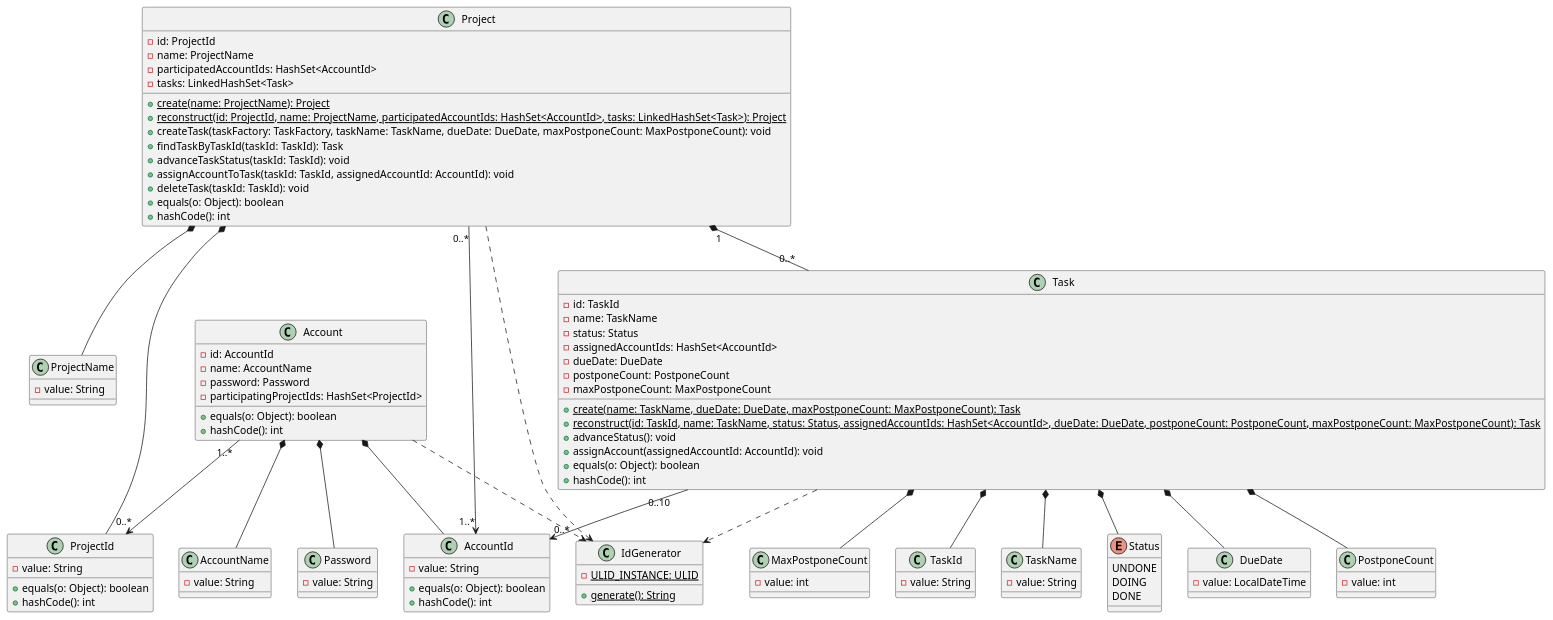
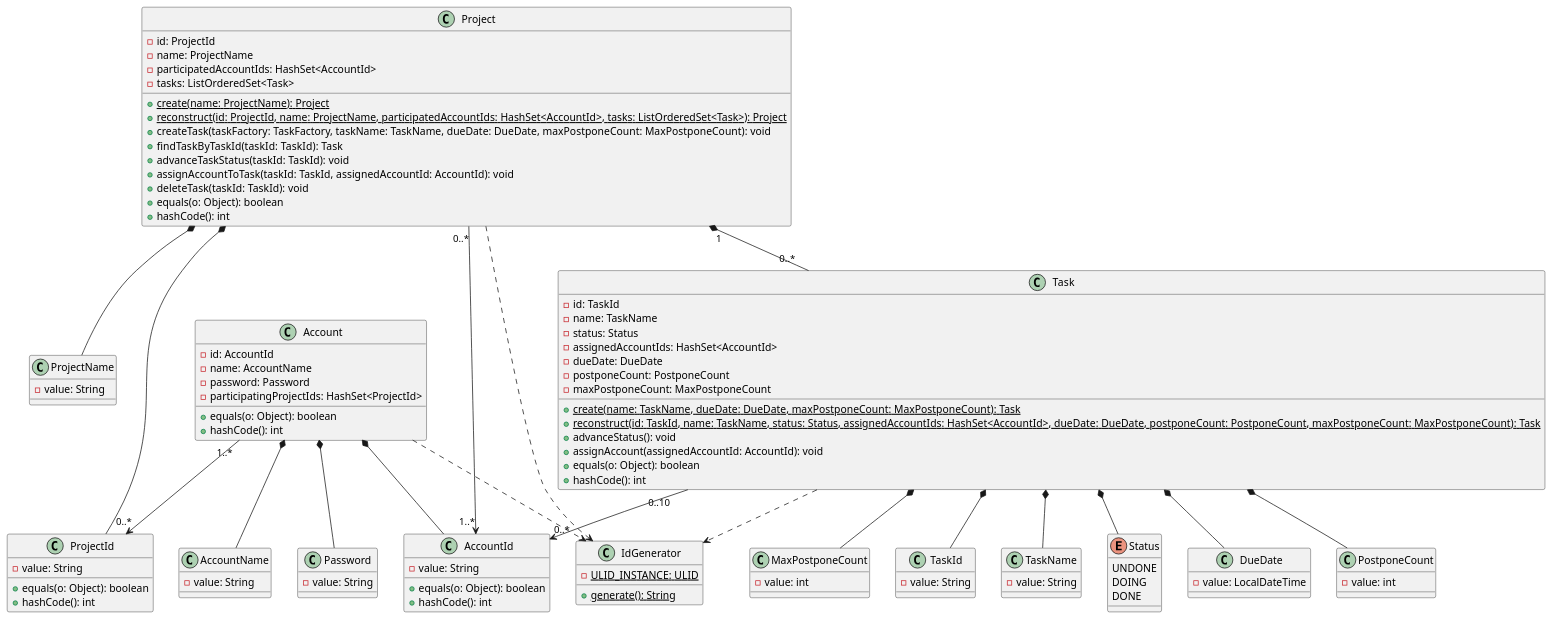
The diagram in uml/class.puml (ORIKAMIxNEP/playground), drawn with PlantUML before and after one commit.

```diff
--- a/uml/class.puml
+++ b/uml/class.puml
@@ -1,118 +1,118 @@
 @startuml
 class Account {
   - id: AccountId
   - name: AccountName
   - password: Password
   - participatingProjectIds: HashSet<ProjectId>
   + equals(o: Object): boolean
   + hashCode(): int
 }
 
 class AccountId {
   - value: String
   + equals(o: Object): boolean
   + hashCode(): int
 }
 
 class AccountName {
   - value: String
 }
 
 class Password {
   - value: String
 }
 
 Account *-- AccountId
 Account *-- AccountName
 Account *-- Password
 Account "1..*" --> "0..*" ProjectId
 Account ..> IdGenerator
 
 class Project {
   - id: ProjectId
   - name: ProjectName
   - participatedAccountIds: HashSet<AccountId>
-  - tasks: LinkedHashSet<Task>
+  - tasks: ListOrderedSet<Task>
   {static} + create(name: ProjectName): Project
-  {static} + reconstruct(id: ProjectId, name: ProjectName, participatedAccountIds: HashSet<AccountId>, tasks: LinkedHashSet<Task>): Project
+  {static} + reconstruct(id: ProjectId, name: ProjectName, participatedAccountIds: HashSet<AccountId>, tasks: ListOrderedSet<Task>): Project
   + createTask(taskFactory: TaskFactory, taskName: TaskName, dueDate: DueDate, maxPostponeCount: MaxPostponeCount): void
   + findTaskByTaskId(taskId: TaskId): Task
   + advanceTaskStatus(taskId: TaskId): void
   + assignAccountToTask(taskId: TaskId, assignedAccountId: AccountId): void
   + deleteTask(taskId: TaskId): void
   + equals(o: Object): boolean
   + hashCode(): int
 }
 
 class ProjectId {
   - value: String
   + equals(o: Object): boolean
   + hashCode(): int
 }
 
 class ProjectName {
   - value: String
 }
 
 Project *-- ProjectId
 Project *-- ProjectName
 Project "0..*" --> "1..*" AccountId
 Project "1" *-- "0..*" Task
 Project ..> IdGenerator
 
 class Task {
   - id: TaskId
   - name: TaskName
   - status: Status
   - assignedAccountIds: HashSet<AccountId>
   - dueDate: DueDate
   - postponeCount: PostponeCount
   - maxPostponeCount: MaxPostponeCount
   {static} + create(name: TaskName, dueDate: DueDate, maxPostponeCount: MaxPostponeCount): Task
   {static} + reconstruct(id: TaskId, name: TaskName, status: Status, assignedAccountIds: HashSet<AccountId>, dueDate: DueDate, postponeCount: PostponeCount, maxPostponeCount: MaxPostponeCount): Task
   + advanceStatus(): void
   + assignAccount(assignedAccountId: AccountId): void
   + equals(o: Object): boolean
   + hashCode(): int
 }
 
 class TaskId {
   - value: String
 }
 
 class TaskName {
   - value: String
 }
 
 enum Status {
   UNDONE
   DOING
   DONE
 }
 
 class DueDate {
   - value: LocalDateTime
 }
 
 class PostponeCount {
   - value: int
 }
 
 class MaxPostponeCount {
   - value: int
 }
 
 Task *-- TaskId
 Task *-- TaskName
 Task *-- Status
 Task "0..10" --> "0..*" AccountId
 Task *-- DueDate
 Task *-- PostponeCount
 Task *-- MaxPostponeCount
 Task ..> IdGenerator
 
 class IdGenerator {
   {static} - ULID_INSTANCE: ULID
   {static} + generate(): String
 }
 @enduml
```
